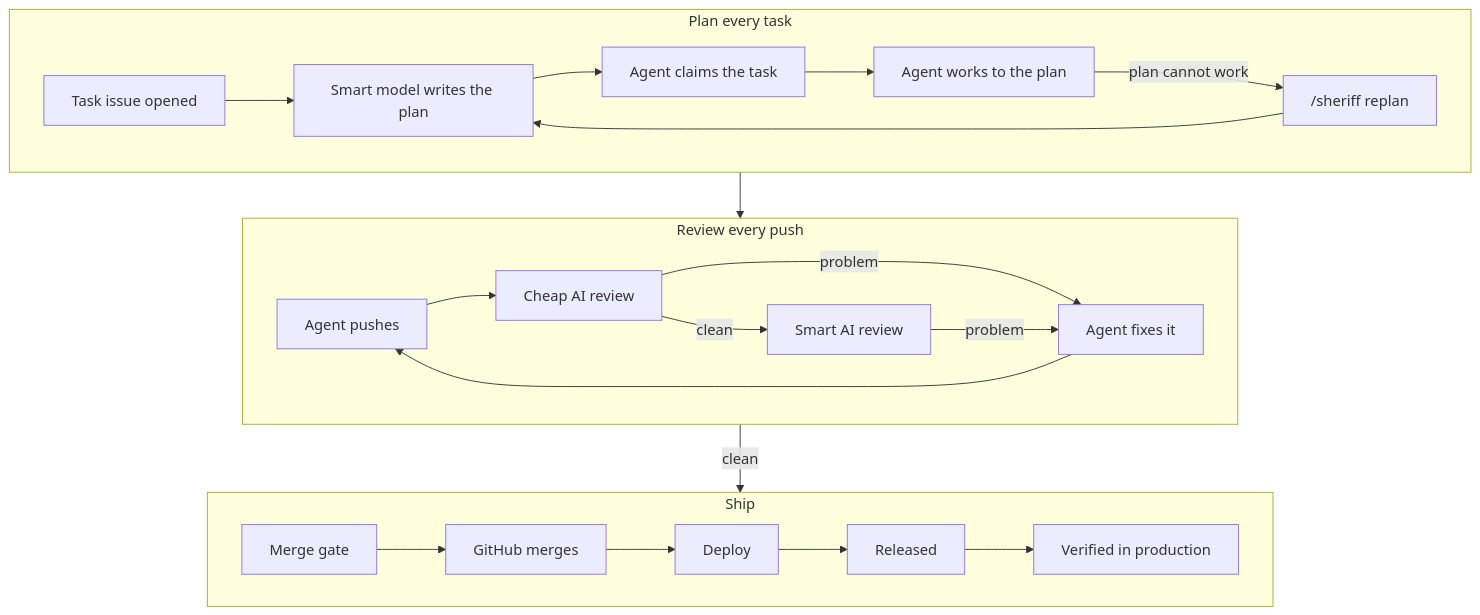
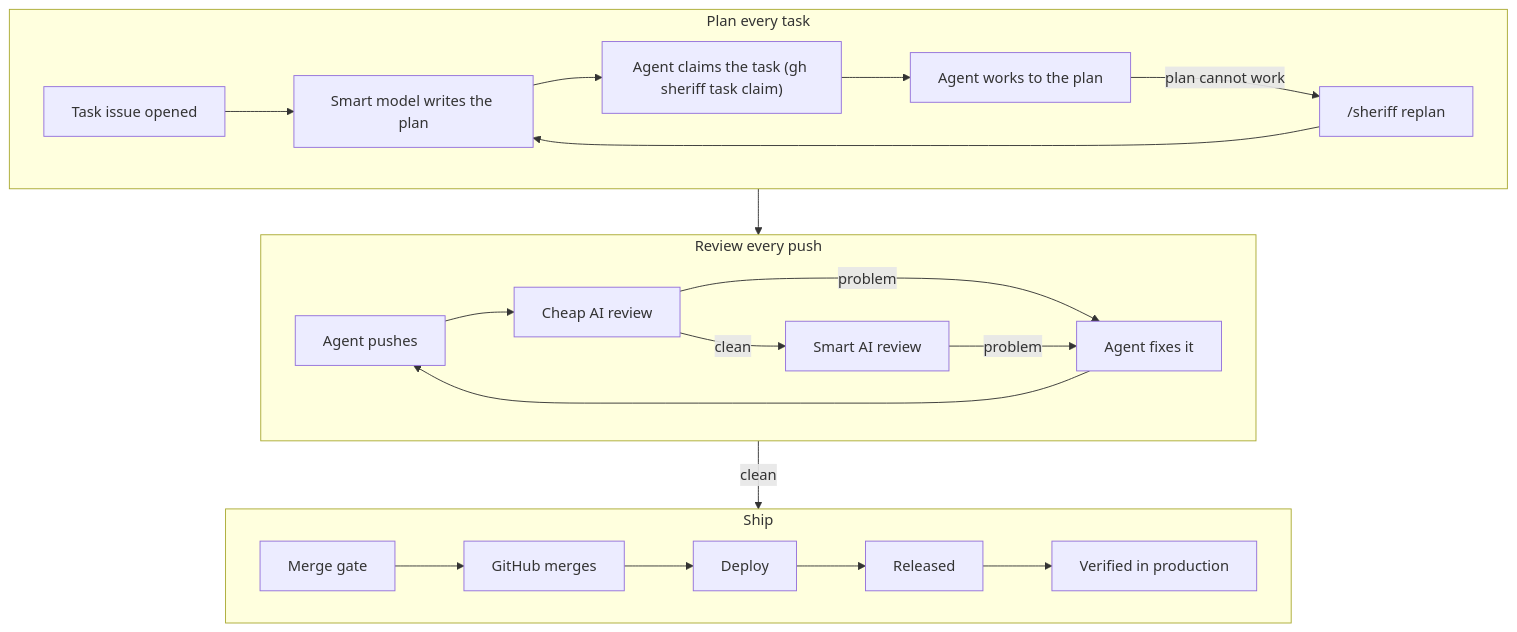
Before and after one commit to nick-the-dev/gh-sheriff: the diagram in README.md, drawn with Mermaid.

Commit message:
docs: the diagram's claim step names gh sheriff task claim
Claude-Session: https://claude.ai/code/session_01Exkxt15K2w368BETqTgd2J

````diff
--- a/README.md
+++ b/README.md
@@ -41,21 +41,21 @@
 ```mermaid
 flowchart TB
     subgraph PLAN["Plan every task"]
         direction LR
-        I["Task issue opened"] --> P["Smart model writes the plan"] --> K["Agent claims the task"] --> W["Agent works to the plan"]
+        I["Task issue opened"] --> P["Smart model writes the plan"] --> K["Agent claims the task (gh sheriff task claim)"] --> W["Agent works to the plan"]
         W -->|"plan cannot work"| R["/sheriff replan"] --> P
     end
     subgraph REVIEW["Review every push"]
         direction LR
         A["Agent pushes"] --> B["Cheap AI review"] -->|clean| C["Smart AI review"]
         B -->|problem| X["Agent fixes it"]
         C -->|problem| X
         X --> A
     end
     subgraph SHIP["Ship"]
         direction LR
         D["Merge gate"] --> E["GitHub merges"] --> F["Deploy"] --> G["Released"] --> H["Verified in production"]
     end
     PLAN --> REVIEW
     REVIEW -->|clean| SHIP
 ```
````
